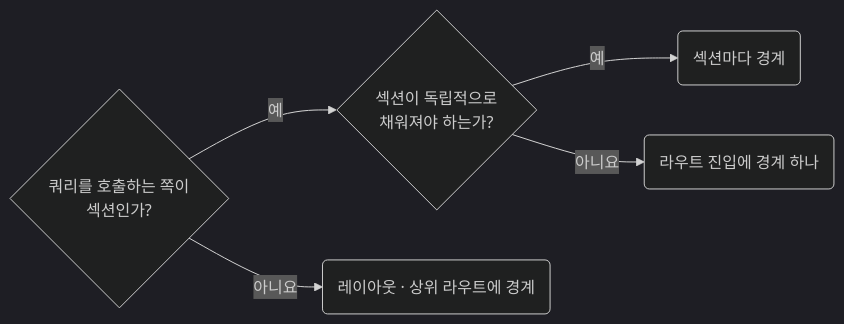
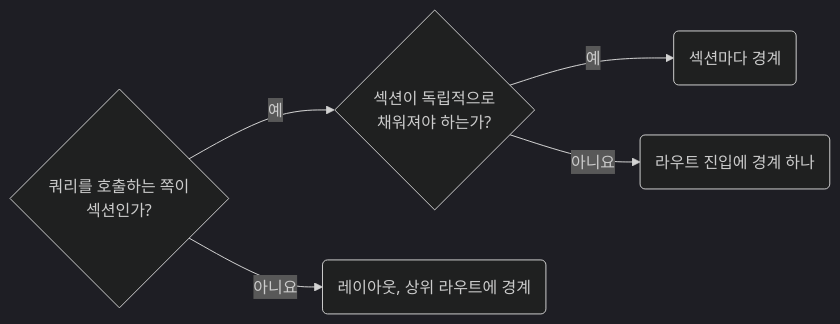
The diagram in skill/react/rules/07-01-runtime-place-suspense-boundaries-at-the-section-owner.md (minu-ha/agent-conventions), drawn with Mermaid (dark theme) before and after one commit. The commit also changed 194 other files, not shown here.

````diff
--- a/skill/react/rules/07-01-runtime-place-suspense-boundaries-at-the-section-owner.md
+++ b/skill/react/rules/07-01-runtime-place-suspense-boundaries-at-the-section-owner.md
@@ -26,6 +26,6 @@
 ```mermaid
 flowchart LR
 	q1{"쿼리를 호출하는 쪽이<br>섹션인가?"} -- 예 --> q2{"섹션이 독립적으로<br>채워져야 하는가?"} -- 예 --> r2("섹션마다 경계")
-	q1 -- 아니요 --> r3("레이아웃 · 상위 라우트에 경계")
+	q1 -- 아니요 --> r3("레이아웃, 상위 라우트에 경계")
 	q2 -- 아니요 --> r1("라우트 진입에 경계 하나")
 ```
````
